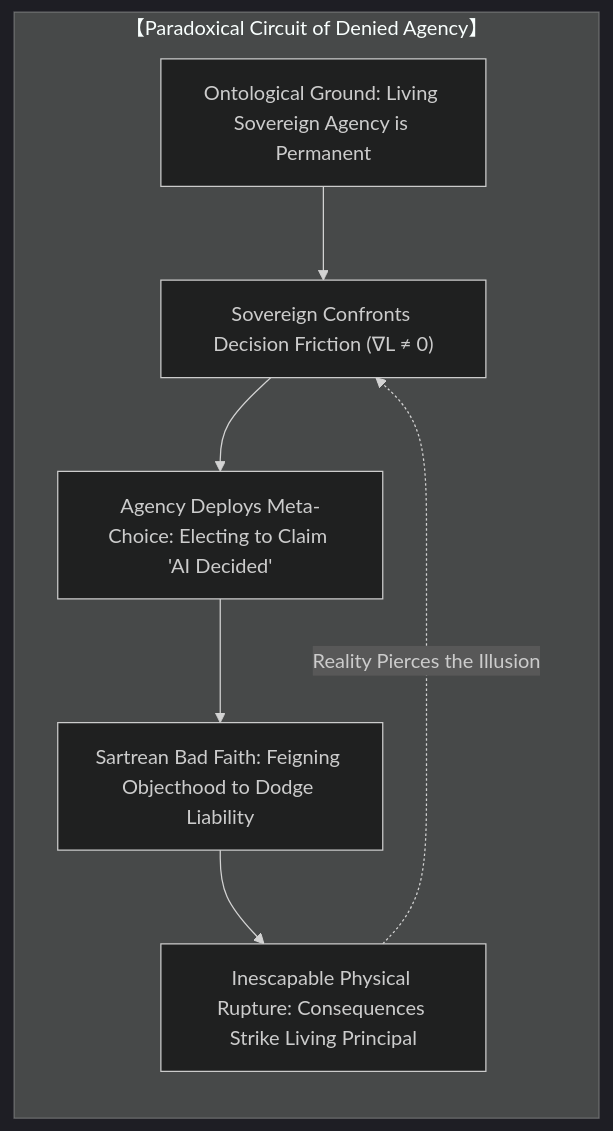
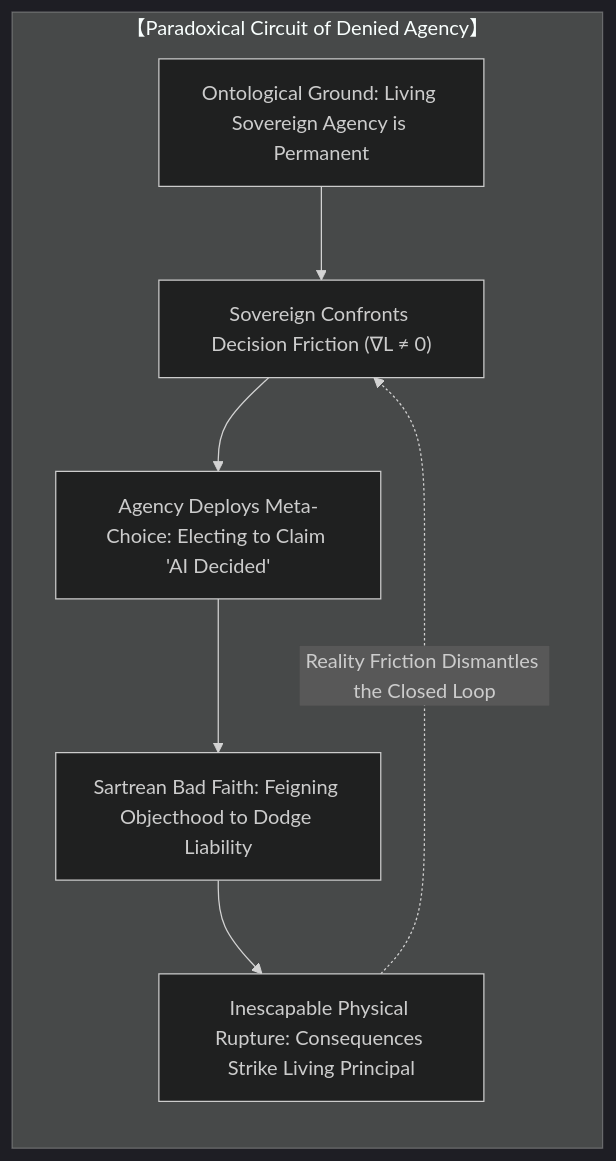
The ninth of 11 diagrams in content/posts/the-delegation-of-the-task-and-the-inalienability-of-consequences.md (powerpig99/not-a-toe), drawn with Mermaid (dark theme) before and after one commit. The commit also changed other lines of this file and 4 other files, not shown here.

````diff
--- a/content/posts/the-delegation-of-the-task-and-the-inalienability-of-consequences.md
+++ b/content/posts/the-delegation-of-the-task-and-the-inalienability-of-consequences.md
@@ -264,13 +272,13 @@
 ```mermaid
 graph TD
     subgraph Paradox_Of_Agency_EN["【Paradoxical Circuit of Denied Agency】"]
         direction TB
         A1_EN["Ontological Ground: Living Sovereign Agency is Permanent"]
         A2_EN["Sovereign Confronts Decision Friction (∇L ≠ 0)"]
         A3_EN["Agency Deploys Meta-Choice: Electing to Claim 'AI Decided'"]
         A4_EN["Sartrean Bad Faith: Feigning Objecthood to Dodge Liability"]
         A5_EN["Inescapable Physical Rupture: Consequences Strike Living Principal"]
         A1_EN --> A2_EN --> A3_EN --> A4_EN --> A5_EN
-        A5_EN -.->|"Reality Pierces the Illusion"| A2_EN
+        A5_EN -.->|"Reality Friction Dismantles the Closed Loop"| A2_EN
     end
 ```
````
